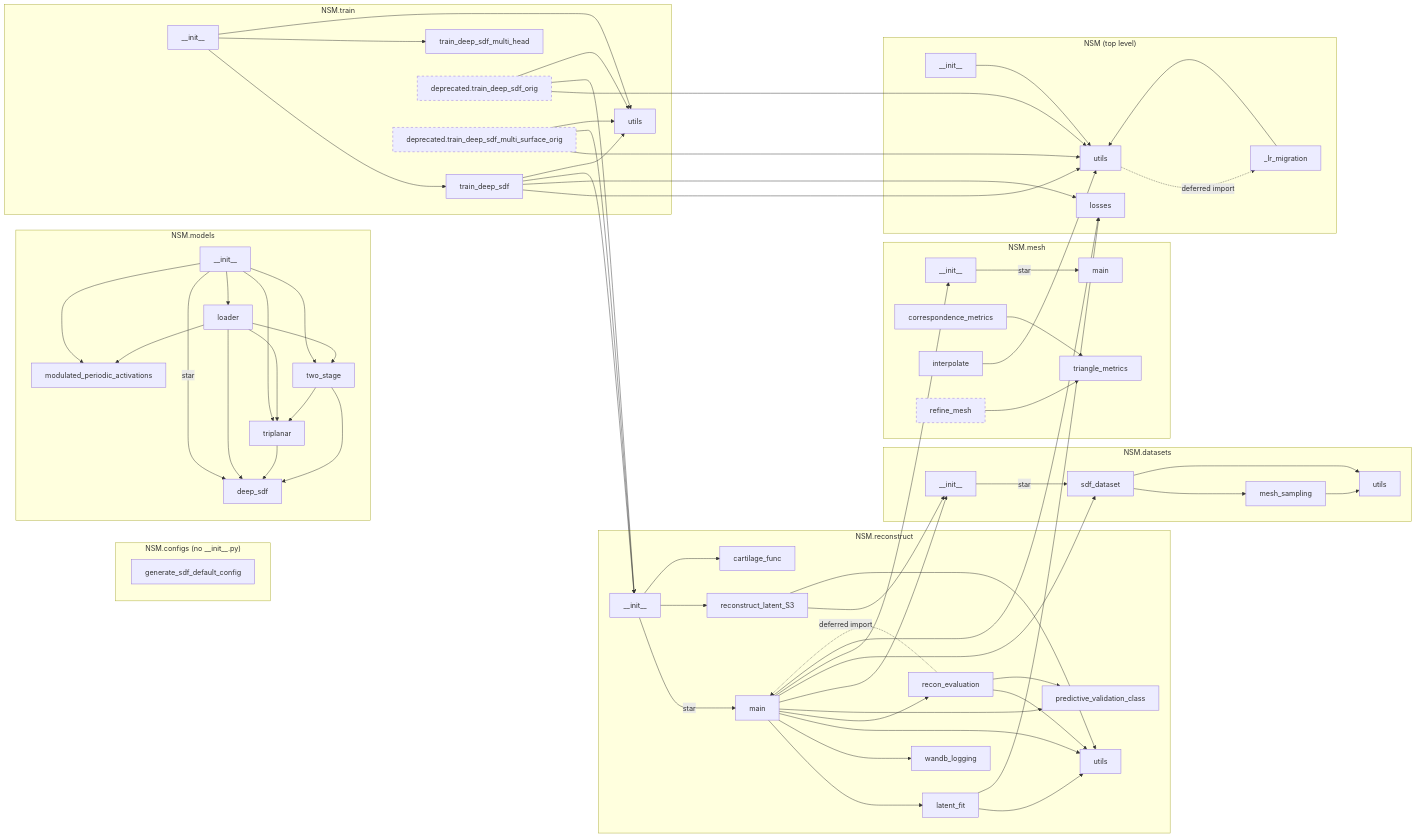
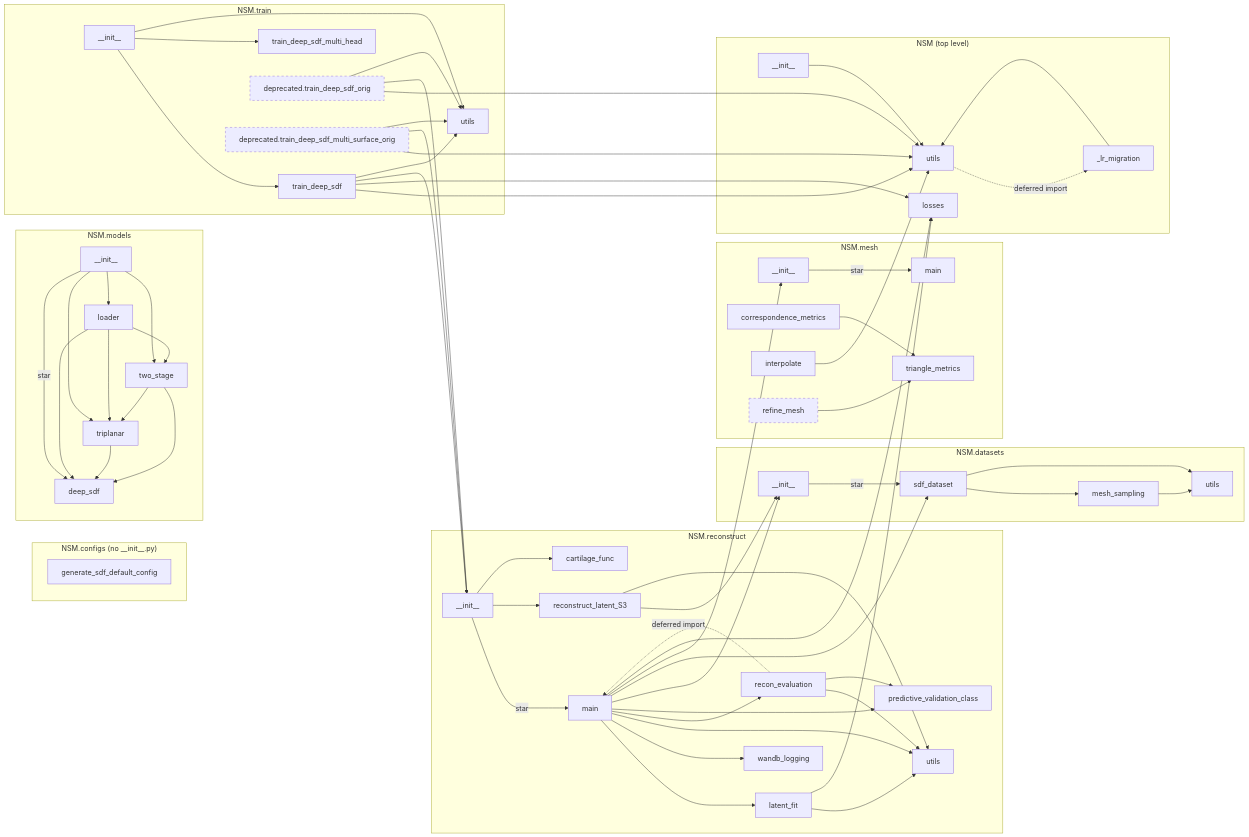
Before and after one commit to gattia/nsm: the diagram in docs/ARCHITECTURE.md, drawn with Mermaid. The commit also changed other lines of this file and 10 other files, not shown here.

```diff
--- a/docs/ARCHITECTURE.md
+++ b/docs/ARCHITECTURE.md
@@ -83,7 +83,6 @@
     MDpkg["__init__"]
     MDdeep["deep_sdf"]
     MDload["loader"]
-    MDmpa["modulated_periodic_activations"]
     MDtri["triplanar"]
     MDtwo["two_stage"]
   end
@@ -124,14 +123,12 @@
   MEinterp --> Uutils
 
   MDpkg -->|star| MDdeep
-  MDpkg --> MDmpa
   MDpkg --> MDtri
   MDpkg --> MDtwo
   MDpkg --> MDload
   MDload --> MDdeep
   MDload --> MDtri
   MDload --> MDtwo
-  MDload --> MDmpa
   MDtri --> MDdeep
   MDtwo --> MDtri
   MDtwo --> MDdeep
```
